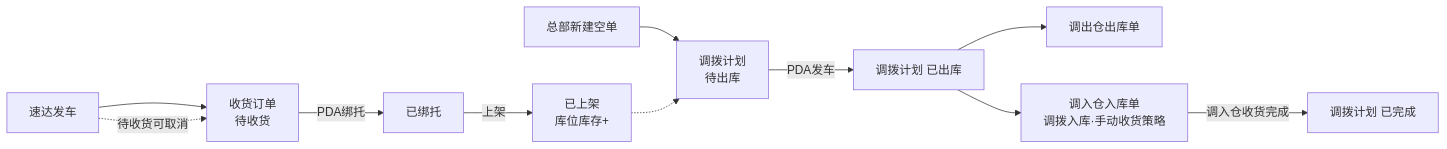
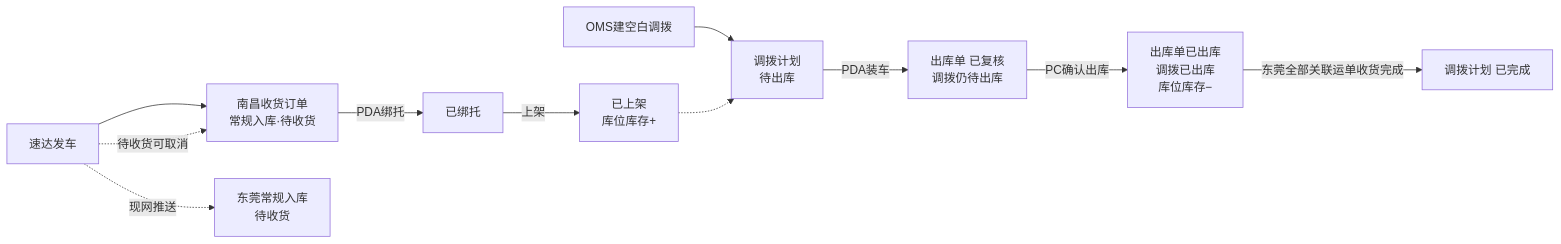
The first of 3 diagrams in prd-docs/01-加盟商揽收仓需求/03-01-加盟商揽收仓管理后台主PRD.md (Tiana-1720/wms-inbound-demo), drawn with Mermaid before and after one commit. The commit also changed other lines of this file and 48 other files, not shown here.

First line of the commit message:
Align franchise WMS PRDs with load-and-outbound flow and OMS口径.

````diff
--- a/prd-docs/01-加盟商揽收仓需求/03-01-加盟商揽收仓管理后台主PRD.md
+++ b/prd-docs/01-加盟商揽收仓需求/03-01-加盟商揽收仓管理后台主PRD.md
@@ -96,13 +98,13 @@
 ```mermaid
 flowchart LR
-    A["速达发车"] --> B["收货订单<br/>待收货"]
+    A["速达发车"] --> B["南昌收货订单<br/>常规入库·待收货"]
+    A -.->|"现网推送"| K["东莞常规入库<br/>待收货"]
     B -->|"PDA绑托"| C["已绑托"]
     C -->|"上架"| D["已上架<br/>库位库存+"]
-    E["总部新建空单"] --> F["调拨计划<br/>待出库"]
+    E["OMS建空白调拨"] --> F["调拨计划<br/>待出库"]
     D -.-> F
-    F -->|"PDA发车"| G["调拨计划 已出库"]
-    G --> H["调出仓出库单"]
-    G --> I["调入仓入库单<br/>调拨入库·手动收货策略"]
-    I -->|"调入仓收货完成"| J["调拨计划 已完成"]
+    F -->|"PDA装车"| G["出库单 已复核<br/>调拨仍待出库"]
+    G -->|"PC确认出库"| H["出库单已出库<br/>调拨已出库<br/>库位库存−"]
+    H -->|"东莞全部关联运单收货完成"| J["调拨计划 已完成"]
     A -.->|"待收货可取消"| B
 ```
````
